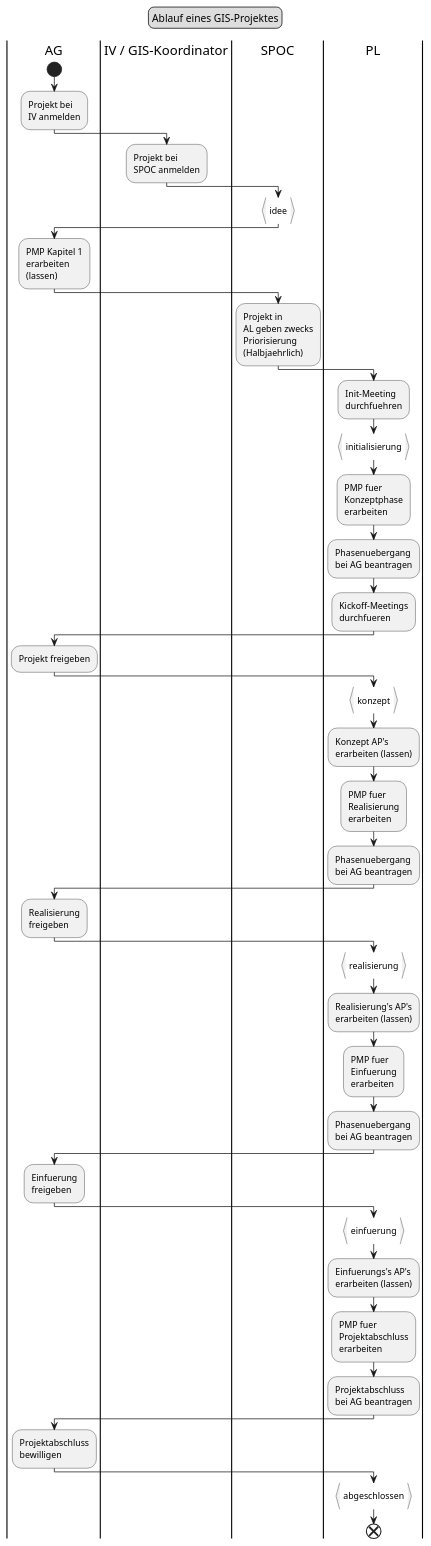
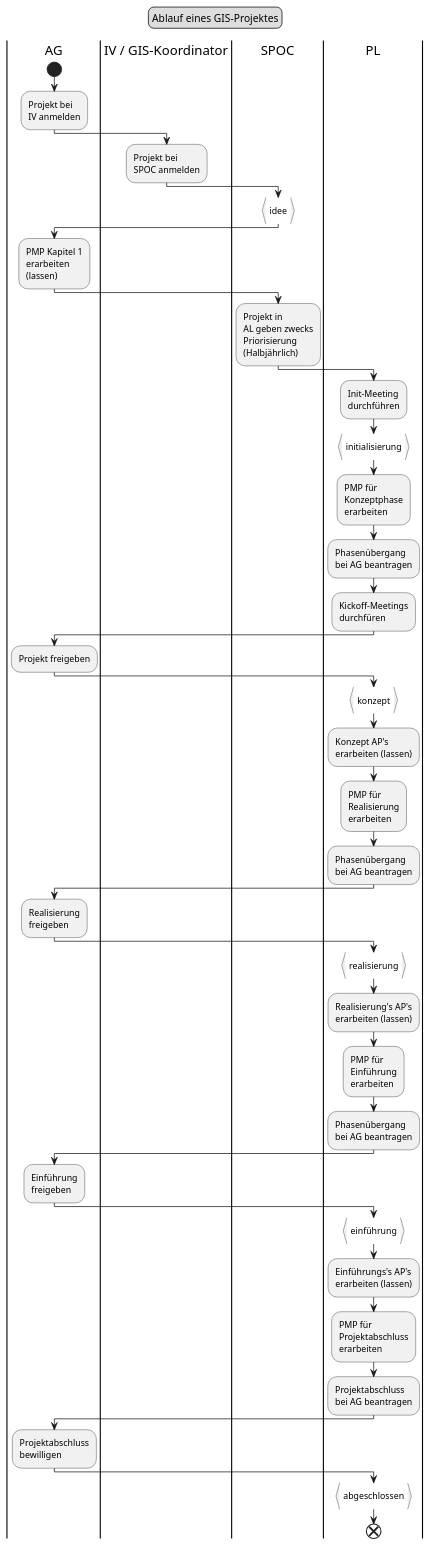
Before and after one commit to ojeker/docktick: the diagram in puml/src/flow_gisprojekt.puml, drawn with PlantUML. The commit also changed 18 other files, not shown here.

Commit message:
Diagramme mit Umlauten versehen

```diff
--- a/puml/src/flow_gisprojekt.puml
+++ b/puml/src/flow_gisprojekt.puml
@@ -1,75 +1,75 @@
 @startuml
 legend top
 	Ablauf eines GIS-Projektes
 end legend
 |AG|
 start
 :Projekt bei
 IV anmelden;
 |IV / GIS-Koordinator|
 :Projekt bei
 SPOC anmelden;
 |SPOC|
 :idee}
 |AG|
 :PMP Kapitel 1
 erarbeiten
 (lassen);
 |SPOC|
 :Projekt in
 AL geben zwecks
 Priorisierung
-(Halbjaehrlich);
+(Halbjährlich);
 |PL|
 :Init-Meeting
-durchfuehren;
+durchführen;
 :initialisierung}
-:PMP fuer
+:PMP für
 Konzeptphase
 erarbeiten;
-:Phasenuebergang
+:Phasenübergang
 bei AG beantragen;
 :Kickoff-Meetings
-durchfueren;
+durchfüren;
 |AG|
 :Projekt freigeben;
 |PL|
 :konzept}
 :Konzept AP's
 erarbeiten (lassen);
-:PMP fuer
+:PMP für
 Realisierung
 erarbeiten;
-:Phasenuebergang
+:Phasenübergang
 bei AG beantragen;
 |AG|
 :Realisierung
 freigeben;
 |PL|
 :realisierung}
 :Realisierung's AP's
 erarbeiten (lassen);
-:PMP fuer
-Einfuerung
+:PMP für
+Einführung
 erarbeiten;
-:Phasenuebergang
+:Phasenübergang
 bei AG beantragen;
 |AG|
-:Einfuerung
+:Einführung
 freigeben;
 |PL|
-:einfuerung}
-:Einfuerungs's AP's
+:einführung}
+:Einführungs's AP's
 erarbeiten (lassen);
-:PMP fuer
+:PMP für
 Projektabschluss
 erarbeiten;
 :Projektabschluss
 bei AG beantragen;
 |AG|
 :Projektabschluss
 bewilligen;
 |PL|
 :abgeschlossen}
 end
 @enduml
```
